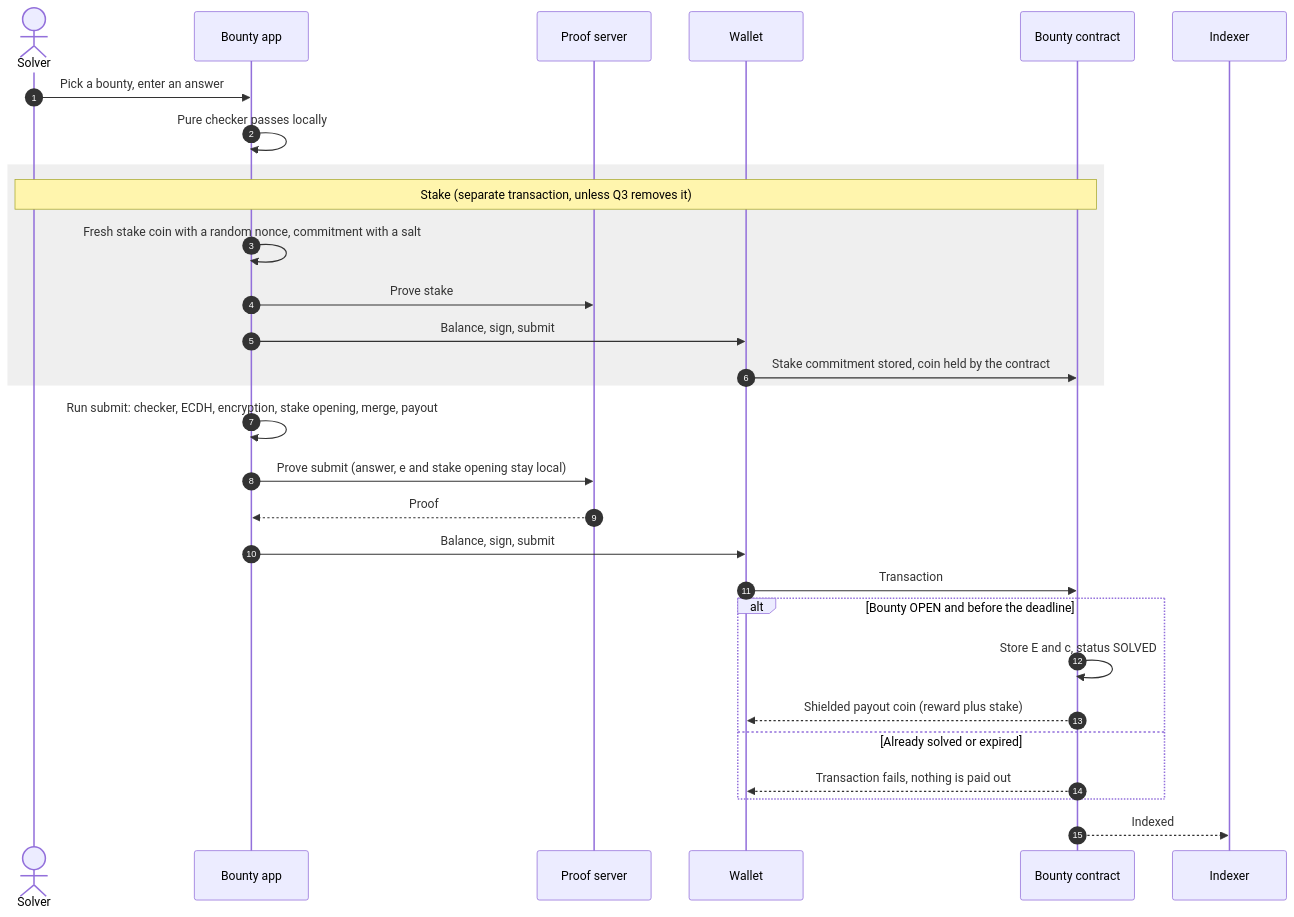
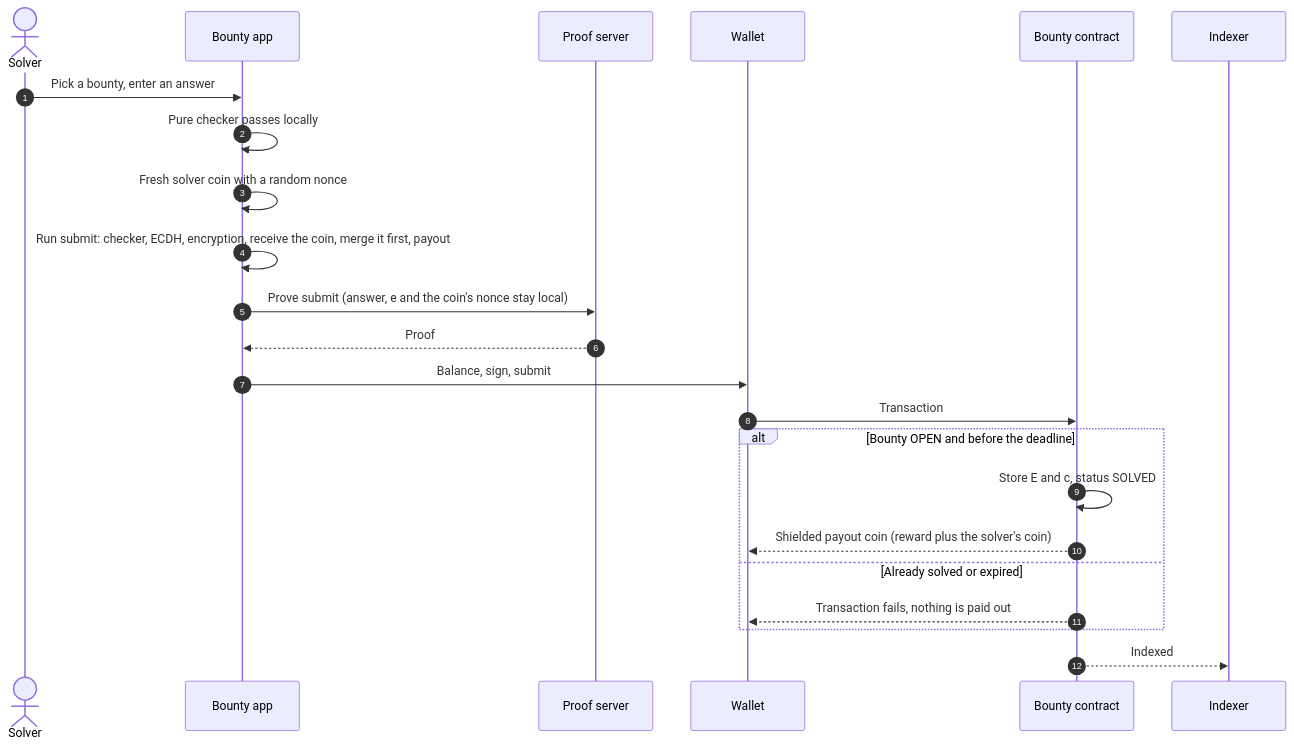
Before and after one commit to Kanasjnr/Midnight-private-bounties: the fourth of 11 diagrams in ARCHITECTURE.md, drawn with Mermaid. The commit also changed other lines of this file and 7 other files, not shown here.

First line of the commit message:
Spike Q2: run the escrow on a local devnet and update the design

````diff
--- a/ARCHITECTURE.md
+++ b/ARCHITECTURE.md
@@ -307,31 +332,25 @@
 ```mermaid
 sequenceDiagram
   autonumber
   actor S as Solver
   participant UI as Bounty app
   participant PS as Proof server
   participant W as Wallet
   participant C as Bounty contract
   participant I as Indexer
   S->>UI: Pick a bounty, enter an answer
   UI->>UI: Pure checker passes locally
-  rect rgba(127, 127, 127, 0.12)
-    Note over S,C: Stake (separate transaction, unless Q3 removes it)
-    UI->>UI: Fresh stake coin with a random nonce, commitment with a salt
-    UI->>PS: Prove stake
-    UI->>W: Balance, sign, submit
-    W->>C: Stake commitment stored, coin held by the contract
-  end
-  UI->>UI: Run submit: checker, ECDH, encryption, stake opening, merge, payout
-  UI->>PS: Prove submit (answer, e and stake opening stay local)
+  UI->>UI: Fresh solver coin with a random nonce
+  UI->>UI: Run submit: checker, ECDH, encryption, receive the coin, merge it first, payout
+  UI->>PS: Prove submit (answer, e and the coin's nonce stay local)
   PS-->>UI: Proof
   UI->>W: Balance, sign, submit
   W->>C: Transaction
   alt Bounty OPEN and before the deadline
     C->>C: Store E and c, status SOLVED
-    C-->>W: Shielded payout coin (reward plus stake)
+    C-->>W: Shielded payout coin (reward plus the solver's coin)
   else Already solved or expired
     C-->>W: Transaction fails, nothing is paid out
   end
   C-->>I: Indexed
 ```
````
